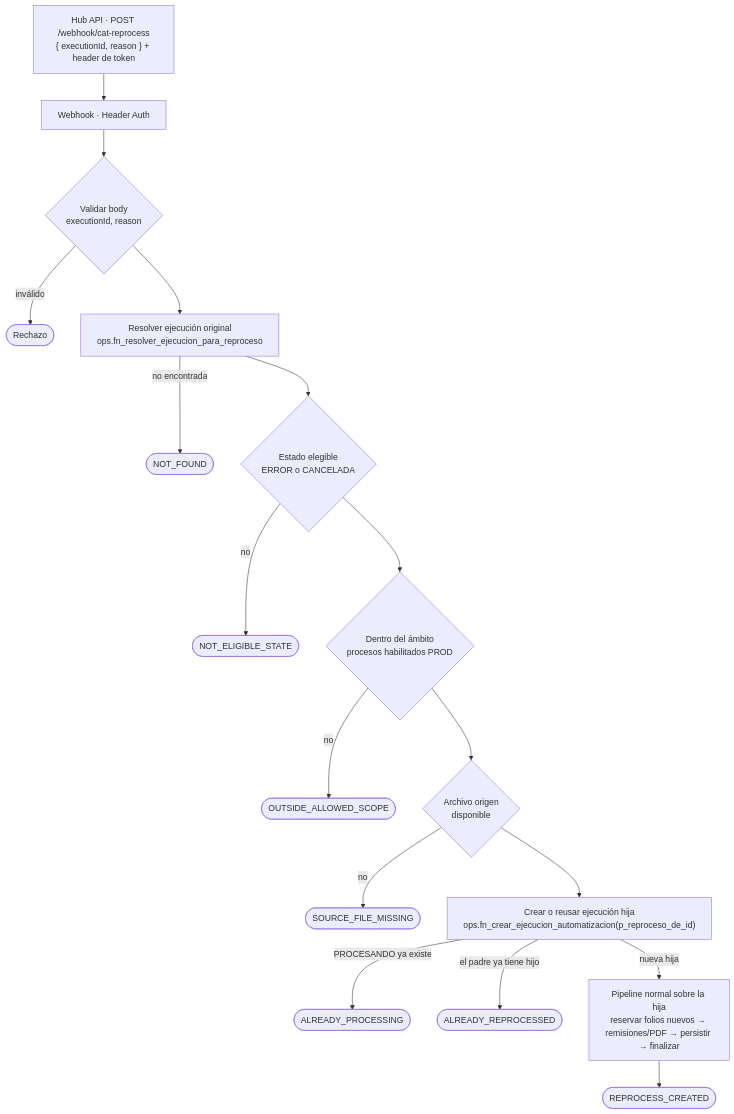
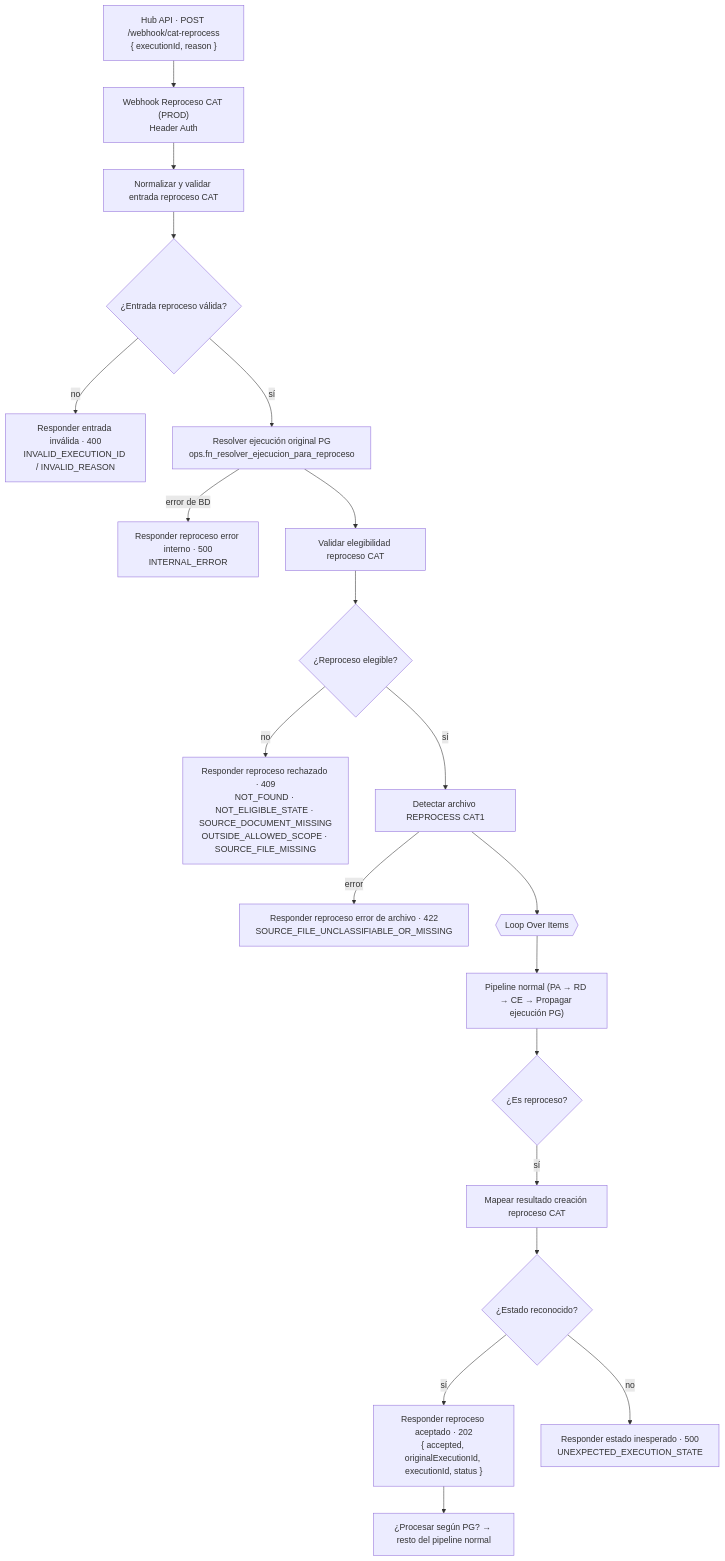
One commit to InternMX/daubert-hub changed the second of 2 diagrams in docs/automations/caterpillar/workflow.md. Above: the diagram before and after it, drawn with Mermaid. The commit also changed other lines of this file and 48 other files, not shown here.

````diff
--- a/docs/automations/caterpillar/workflow.md
+++ b/docs/automations/caterpillar/workflow.md
@@ -46,19 +90,22 @@
 ```mermaid
 flowchart TD
-    H["Hub API · POST /webhook/cat-reprocess<br/>{ executionId, reason } + header de token"] --> W[Webhook · Header Auth]
-    W --> V{Validar body<br/>executionId, reason}
-    V -->|inválido| X400([Rechazo])
-    V --> RES["Resolver ejecución original<br/>ops.fn_resolver_ejecucion_para_reproceso"]
-    RES -->|no encontrada| NF([NOT_FOUND])
-    RES --> ST{Estado elegible<br/>ERROR o CANCELADA}
-    ST -->|no| NES([NOT_ELIGIBLE_STATE])
-    ST --> SC{Dentro del ámbito<br/>procesos habilitados PROD}
-    SC -->|no| OS([OUTSIDE_ALLOWED_SCOPE])
-    SC --> PF{Archivo origen<br/>disponible}
-    PF -->|no| SFM([SOURCE_FILE_MISSING])
-    PF --> CR["Crear o reusar ejecución hija<br/>ops.fn_crear_ejecucion_automatizacion(p_reproceso_de_id)"]
-    CR -->|PROCESANDO ya existe| AP([ALREADY_PROCESSING])
-    CR -->|el padre ya tiene hijo| AR([ALREADY_REPROCESSED])
-    CR -->|nueva hija| PIPE["Pipeline normal sobre la hija<br/>reservar folios nuevos → remisiones/PDF → persistir → finalizar"]
-    PIPE --> RC([REPROCESS_CREATED])
+    H["Hub API · POST /webhook/cat-reprocess<br/>{ executionId, reason }"] --> W["Webhook Reproceso CAT (PROD)<br/>Header Auth"]
+    W --> V["Normalizar y validar entrada reproceso CAT"]
+    V --> VV{"¿Entrada reproceso válida?"}
+    VV -->|no| R400["Responder entrada inválida · 400<br/>INVALID_EXECUTION_ID / INVALID_REASON"]
+    VV -->|sí| RO["Resolver ejecución original PG<br/>ops.fn_resolver_ejecucion_para_reproceso"]
+    RO -->|error de BD| R500["Responder reproceso error interno · 500<br/>INTERNAL_ERROR"]
+    RO --> VE["Validar elegibilidad reproceso CAT"]
+    VE --> EL{"¿Reproceso elegible?"}
+    EL -->|no| R409["Responder reproceso rechazado · 409<br/>NOT_FOUND · NOT_ELIGIBLE_STATE · SOURCE_DOCUMENT_MISSING<br/>OUTSIDE_ALLOWED_SCOPE · SOURCE_FILE_MISSING"]
+    EL -->|sí| DA["Detectar archivo REPROCESS CAT1"]
+    DA -->|error| R422["Responder reproceso error de archivo · 422<br/>SOURCE_FILE_UNCLASSIFIABLE_OR_MISSING"]
+    DA --> L{{"Loop Over Items"}}
+    L --> P["Pipeline normal (PA → RD → CE → Propagar ejecución PG)"]
+    P --> ER{"¿Es reproceso?"}
+    ER -->|sí| MR["Mapear resultado creación reproceso CAT"]
+    MR --> RK{"¿Estado reconocido?"}
+    RK -->|sí| RA["Responder reproceso aceptado · 202<br/>{ accepted, originalExecutionId, executionId, status }"]
+    RK -->|no| RX["Responder estado inesperado · 500<br/>UNEXPECTED_EXECUTION_STATE"]
+    RA --> PP["¿Procesar según PG? → resto del pipeline normal"]
 ```
````
